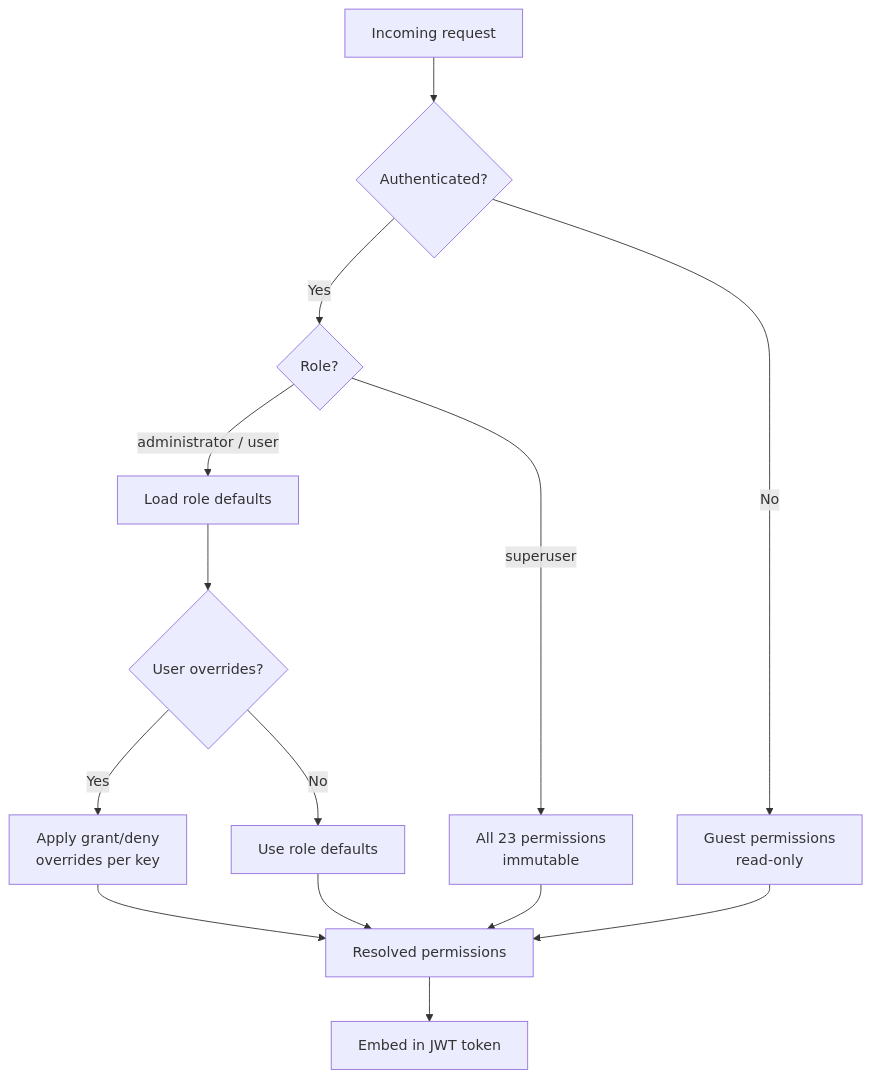
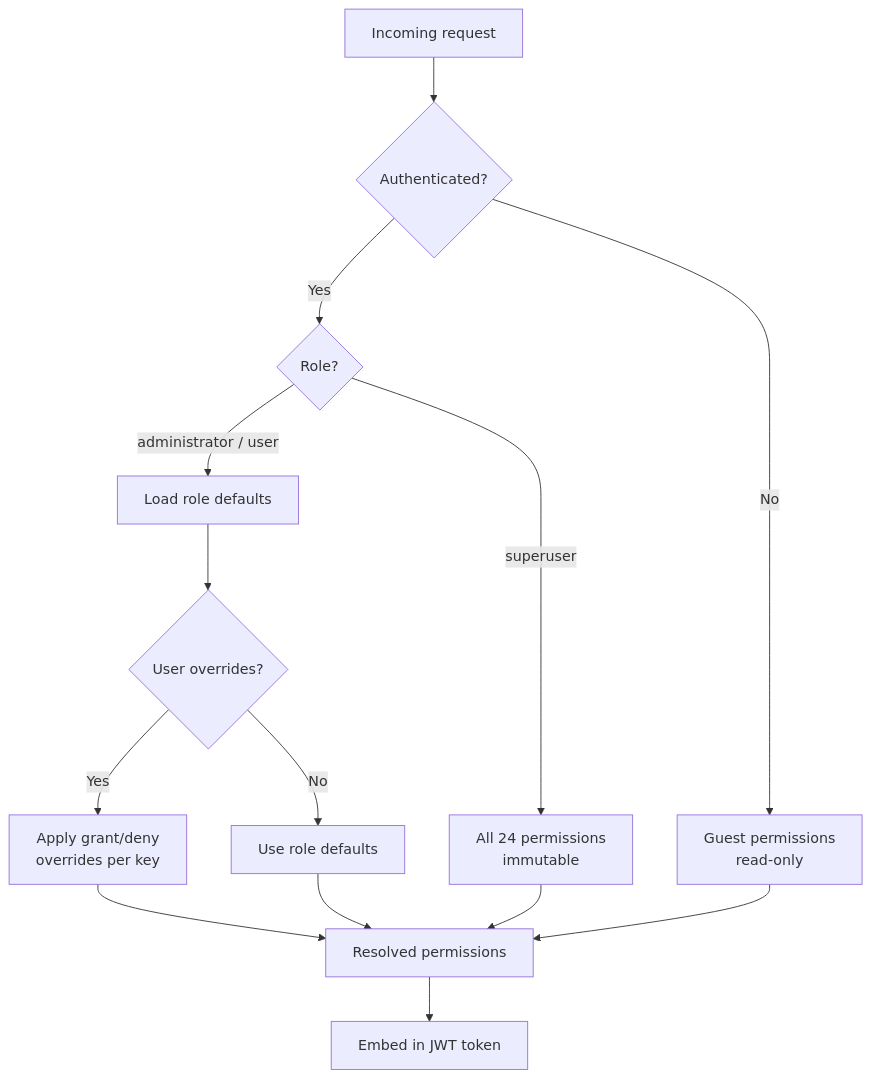
The third of 5 diagrams in docs/architecture.md (MikkoNumminen/HRManager), drawn with Mermaid before and after one commit. The commit also changed other lines of this file and 1 other file, not shown here.

````diff
--- a/docs/architecture.md
+++ b/docs/architecture.md
@@ -95,16 +108,16 @@
 ```mermaid
 flowchart TD
     A[Incoming request] --> B{Authenticated?}
     B -->|No| C[Guest permissions<br/>read-only]
     B -->|Yes| D{Role?}
-    D -->|superuser| E[All 23 permissions<br/>immutable]
+    D -->|superuser| E[All 24 permissions<br/>immutable]
     D -->|administrator / user| F[Load role defaults]
     F --> G{User overrides?}
     G -->|Yes| H[Apply grant/deny<br/>overrides per key]
     G -->|No| I[Use role defaults]
     H --> J[Resolved permissions]
     I --> J
     E --> J
     C --> J
     J --> K[Embed in JWT token]
 ```
````
